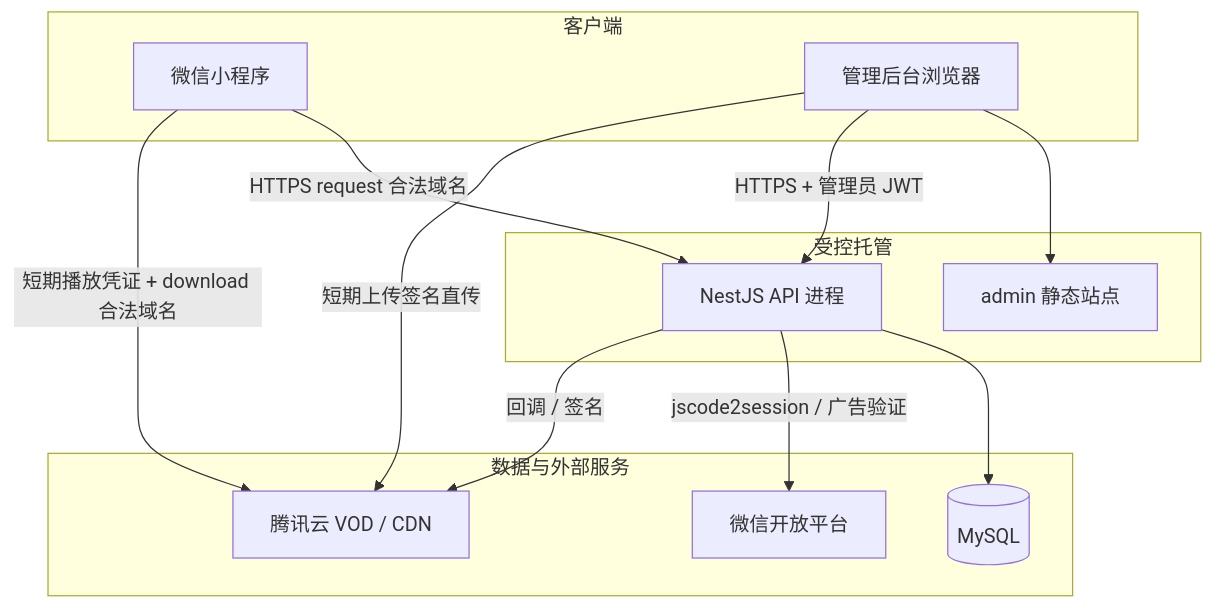
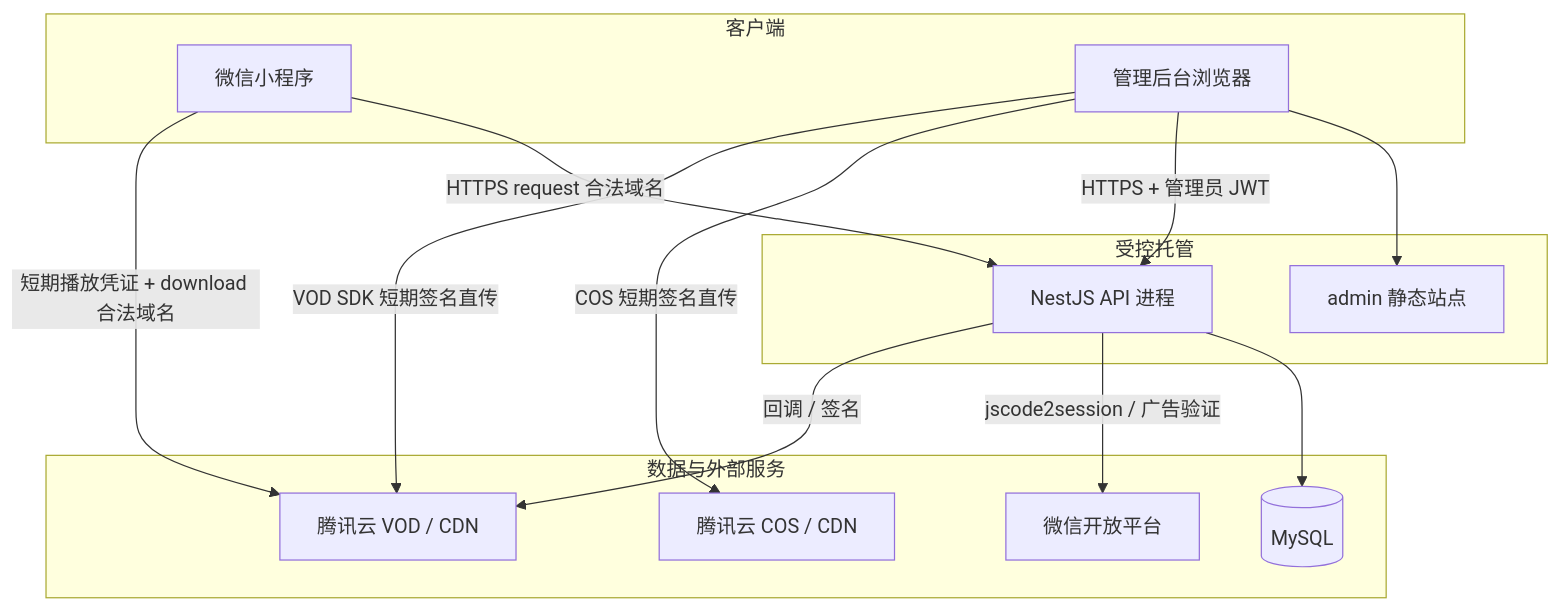
One commit to yugary171-cmd/microfocus-movie changed the diagram in docs/deployment.md. Above: the diagram before and after it, drawn with Mermaid. The commit also changed other lines of this file and 50 other files, not shown here.

First line of the commit message:
feat(admin): 添加腾讯云 VOD 直传和海报上传功能

````diff
--- a/docs/deployment.md
+++ b/docs/deployment.md
@@ -36,27 +37,29 @@
 ```mermaid
 flowchart TB
   subgraph clients [客户端]
     MP["微信小程序"]
     ADMIN["管理后台浏览器"]
   end
 
   subgraph hosting [受控托管]
     STATIC["admin 静态站点"]
     API["NestJS API 进程"]
   end
 
   subgraph data [数据与外部服务]
     DB[("MySQL")]
+    COS["腾讯云 COS / CDN"]
     VOD["腾讯云 VOD / CDN"]
     WX["微信开放平台"]
   end
 
   MP -->|HTTPS request 合法域名| API
   ADMIN --> STATIC
   ADMIN -->|HTTPS + 管理员 JWT| API
   API --> DB
+  ADMIN -->|COS 短期签名直传| COS
   API -->|jscode2session / 广告验证| WX
   API -->|回调 / 签名| VOD
   MP -->|短期播放凭证 + download 合法域名| VOD
-  ADMIN -->|短期上传签名直传| VOD
+  ADMIN -->|VOD SDK 短期签名直传| VOD
 ```
````
